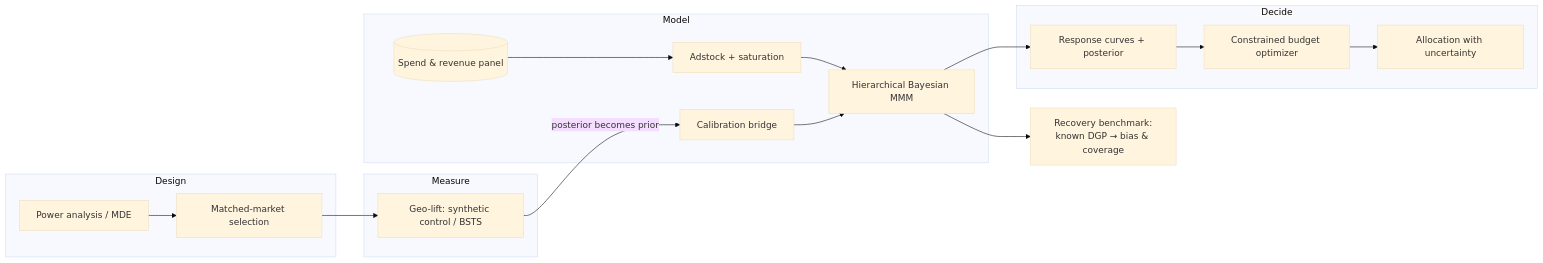
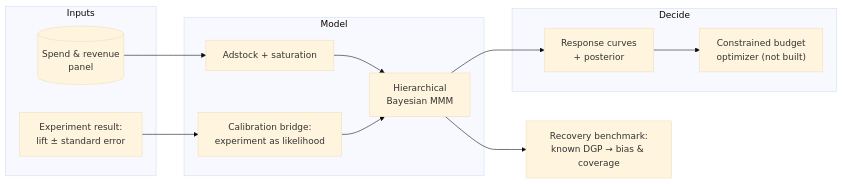
Before and after one commit to DataScientist13/liftlab: the diagram in README.md, drawn with Mermaid (base theme). The commit also changed other lines of this file and 9 other files, not shown here.

````diff
--- a/README.md
+++ b/README.md
@@ -28,21 +31,18 @@
 ```mermaid
 flowchart LR
-    subgraph design["Design"]
-        P[Power analysis / MDE] --> M[Matched-market selection]
+    subgraph inputs["Inputs"]
+        S[("Spend & revenue<br/>panel")]
+        E["Experiment result:<br/>lift ± standard error"]
     end
-    subgraph measure["Measure"]
-        M --> G[Geo-lift: synthetic control / BSTS]
-    end
-    subgraph model["Model"]
-        G -->|posterior becomes prior| B[Calibration bridge]
-        S[(Spend & revenue panel)] --> A[Adstock + saturation]
-        A --> MMM[Hierarchical Bayesian MMM]
+    subgraph core["Model"]
+        S --> A["Adstock + saturation"]
+        A --> MMM["Hierarchical<br/>Bayesian MMM"]
+        E --> B["Calibration bridge:<br/>experiment as likelihood"]
         B --> MMM
     end
-    subgraph decide["Decide"]
-        MMM --> R[Response curves + posterior]
-        R --> O[Constrained budget optimizer]
-        O --> REC[Allocation with uncertainty]
+    subgraph out["Decide"]
+        MMM --> R["Response curves<br/>+ posterior"]
+        R --> O["Constrained budget<br/>optimizer (not built)"]
     end
-    MMM --> V[Recovery benchmark:<br/>known DGP → bias & coverage]
+    MMM --> V["Recovery benchmark:<br/>known DGP → bias & coverage"]
 ```
````
